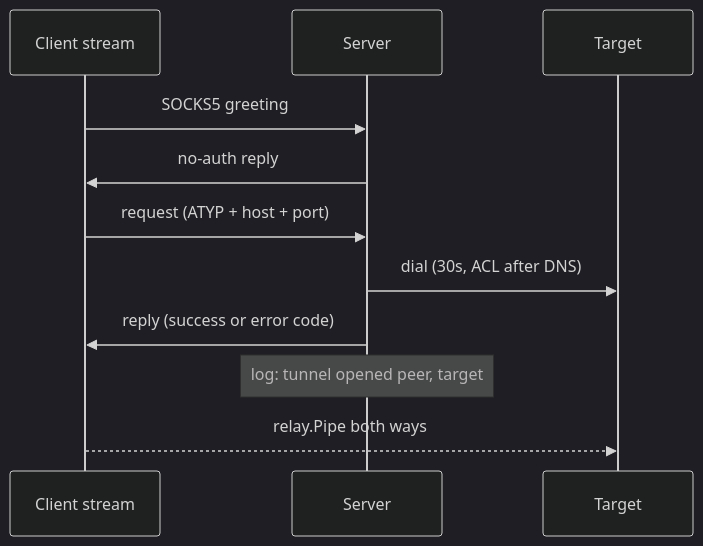
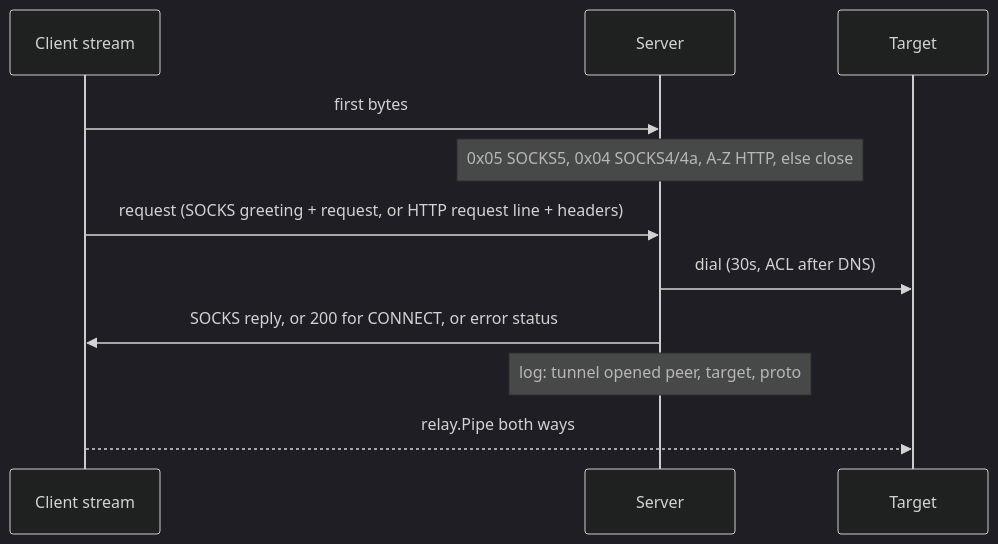
Before and after one commit to dimaskiddo/proxy-over-smtp: the second of 4 diagrams in docs/WORKFLOWS.md, drawn with Mermaid (dark theme). The commit also changed other lines of this file and 26 other files, not shown here.

Commit message:
feat: add proxy protocol support for socks4, http, and https

````diff
--- a/docs/WORKFLOWS.md
+++ b/docs/WORKFLOWS.md
@@ -64,14 +69,14 @@
 ```mermaid
 sequenceDiagram
     participant C as Client stream
     participant S as Server
     participant T as Target
 
-    C->>S: SOCKS5 greeting
-    S->>C: no-auth reply
-    C->>S: request (ATYP + host + port)
+    C->>S: first bytes
+    Note over S: 0x05 SOCKS5, 0x04 SOCKS4/4a, A-Z HTTP, else close
+    C->>S: request (SOCKS greeting + request, or HTTP request line + headers)
     S->>T: dial (30s, ACL after DNS)
-    S->>C: reply (success or error code)
-    Note over S: log: tunnel opened peer, target
+    S->>C: SOCKS reply, or 200 for CONNECT, or error status
+    Note over S: log: tunnel opened peer, target, proto
     C-->>T: relay.Pipe both ways
 ```
````
